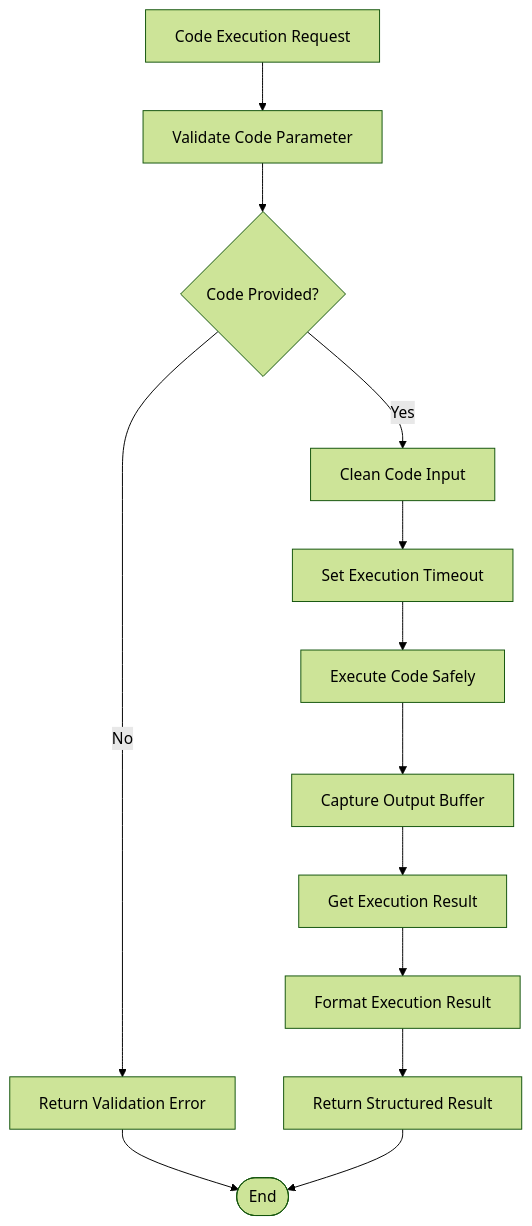
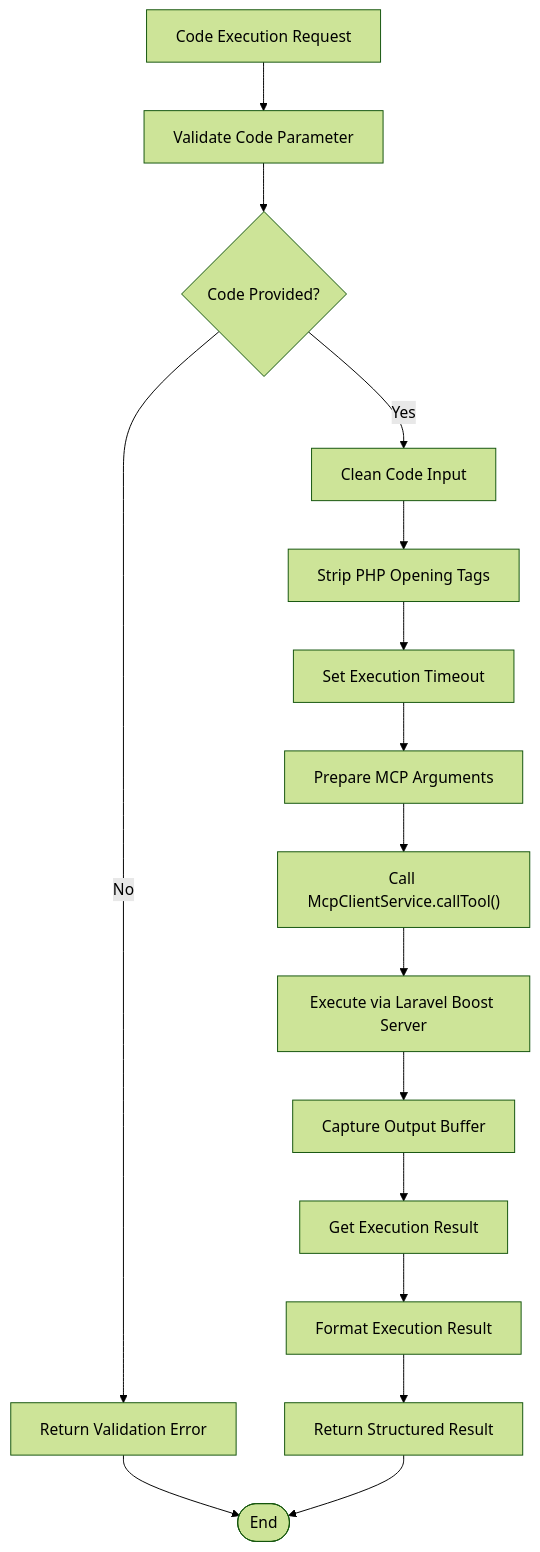
One commit to siimliimand/laravel-assistant changed the eighth of 20 diagrams in .qoder/repowiki/en/content/AI Integration System/Agent System/DevBot AI Agent System.md. Above: the diagram before and after it, drawn with Mermaid (forest theme). The commit also changed other lines of this file and 7 other files, not shown here.

First line of the commit message:
feat(mcp-client): integrate MCP protocol client service for DevBot AI agent tools

````diff
--- a/.qoder/repowiki/en/content/AI Integration System/Agent System/DevBot AI Agent System.md
+++ b/.qoder/repowiki/en/content/AI Integration System/Agent System/DevBot AI Agent System.md
@@ -349,15 +372,18 @@
 ```mermaid
 flowchart TD
 CodeRequest["Code Execution Request"] --> ValidateCode["Validate Code Parameter"]
 ValidateCode --> CheckEmpty{"Code Provided?"}
 CheckEmpty --> |No| ReturnError["Return Validation Error"]
 CheckEmpty --> |Yes| CleanCode["Clean Code Input"]
-CleanCode --> SetTimeout["Set Execution Timeout"]
-SetTimeout --> ExecuteCode["Execute Code Safely"]
+CleanCode --> StripTags["Strip PHP Opening Tags"]
+StripTags --> SetTimeout["Set Execution Timeout"]
+SetTimeout --> PrepareArgs["Prepare MCP Arguments"]
+PrepareArgs --> CallMCP["Call McpClientService.callTool()"]
+CallMCP --> ExecuteCode["Execute via Laravel Boost Server"]
 ExecuteCode --> CaptureOutput["Capture Output Buffer"]
 CaptureOutput --> GetResult["Get Execution Result"]
 GetResult --> FormatResult["Format Execution Result"]
 FormatResult --> ReturnResult["Return Structured Result"]
 ReturnError --> End([End])
 ReturnResult --> End
 ```
````
